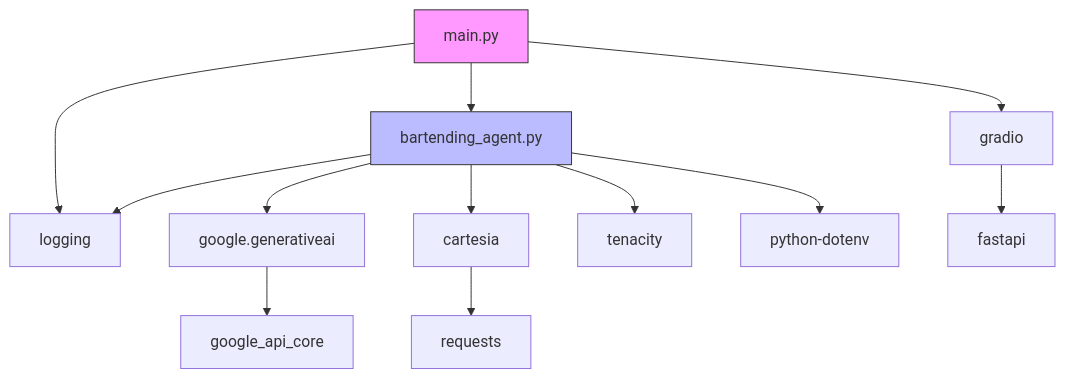
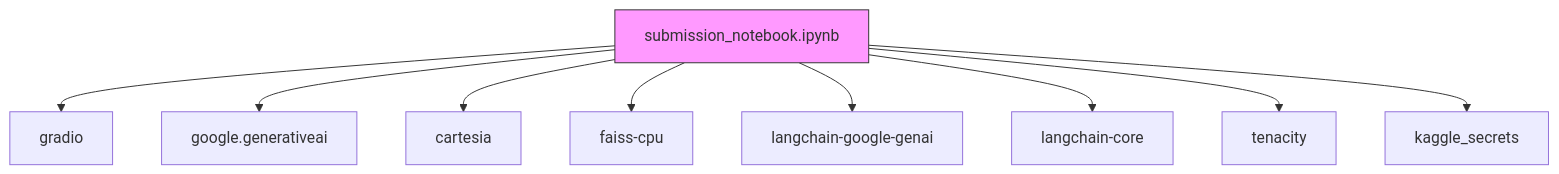
Before and after one commit to MOK-5-ha/MayaBartendingAgent: the third of 3 diagrams in .qoder/repowiki/en/content/Core Components/main.py - Gradio Interface Handler.md, drawn with Mermaid. The commit also changed other lines of this file and 14 other files, not shown here.

````diff
--- a/.qoder/repowiki/en/content/Core Components/main.py - Gradio Interface Handler.md
+++ b/.qoder/repowiki/en/content/Core Components/main.py - Gradio Interface Handler.md
@@ -183,16 +176,12 @@
 ```mermaid
 graph TD
-main[main.py] --> gradio[gradio]
-main --> logging[logging]
-main --> agent[bartending_agent.py]
-agent --> google_genai[google.generativeai]
-agent --> cartesia[cartesia]
-agent --> tenacity[tenacity]
-agent --> dotenv[python-dotenv]
-agent --> logging
-gradio --> fastapi
-google_genai --> google_api_core
-cartesia --> requests
-style main fill:#f9f,stroke:#333
-style agent fill:#bbf,stroke:#333
+notebook[submission_notebook.ipynb] --> gradio[gradio]
+notebook --> google_genai[google.generativeai]
+notebook --> cartesia[cartesia]
+notebook --> faiss[faiss-cpu]
+notebook --> langchain[langchain-google-genai]
+notebook --> langchain_core[langchain-core]
+notebook --> tenacity[tenacity]
+notebook --> kaggle_secrets[kaggle_secrets]
+style notebook fill:#f9f,stroke:#333
 ```
````
